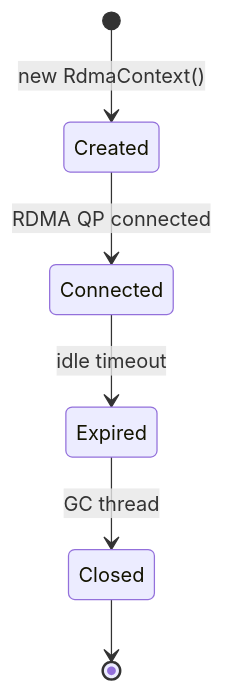
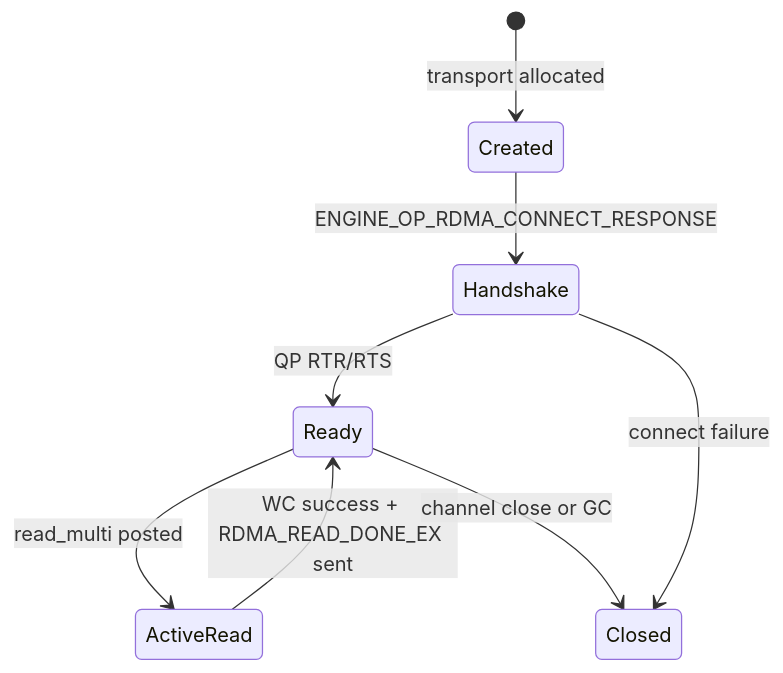
One commit to tensorcast-ai/tensorcast changed the seventh of 13 diagrams in core/communicator/README.md. Above: the diagram before and after it, drawn with Mermaid. The commit also changed other lines of this file and 5 other files, not shown here.

Commit message:
chore: enhance logging RDMA transport

````diff
--- a/core/communicator/README.md
+++ b/core/communicator/README.md
@@ -348,8 +389,10 @@
 ```mermaid
 stateDiagram-v2
-  [*] --> Created: new RdmaContext()
-  Created --> Connected: RDMA QP connected
-  Connected --> Expired: idle timeout
-  Expired --> Closed: GC thread
-  Closed --> [*]
+  [*] --> Created: transport allocated
+  Created --> Handshake: ENGINE_OP_RDMA_CONNECT_RESPONSE
+  Handshake --> Ready: QP RTR/RTS
+  Ready --> ActiveRead: read_multi posted
+  ActiveRead --> Ready: WC success + RDMA_READ_DONE_EX sent
+  Ready --> Closed: channel close or GC
+  Handshake --> Closed: connect failure
 ```
````
